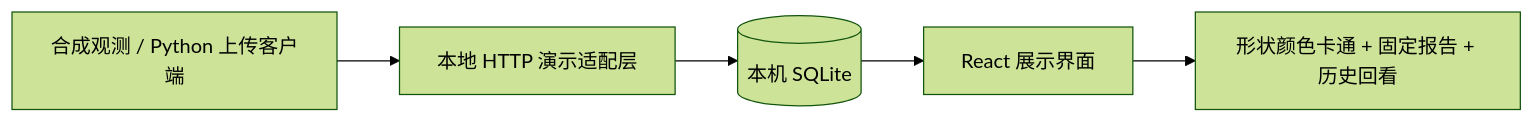
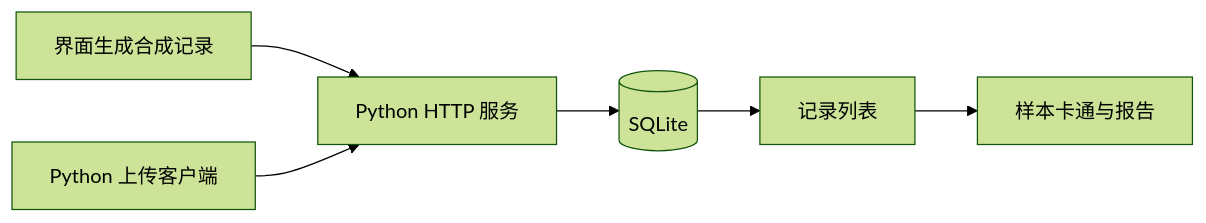
One commit to poopsense/poopsense changed the diagram in docs/ARCHITECTURE.md. Above: the diagram before and after it, drawn with Mermaid (forest theme). The commit also changed other lines of this file and 6 other files, not shown here.

````diff
--- a/docs/ARCHITECTURE.md
+++ b/docs/ARCHITECTURE.md
@@ -3,7 +5,8 @@
 ```mermaid
 flowchart LR
-  A[合成观测 / Python 上传客户端] --> B[本地 HTTP 演示适配层]
-  B --> C[(本机 SQLite)]
-  C --> D[React 展示界面]
-  D --> E[形状颜色卡通 + 固定报告 + 历史回看]
+  A[界面生成合成记录] --> C[Python HTTP 服务]
+  B[Python 上传客户端] --> C
+  C --> D[(SQLite)]
+  D --> E[记录列表]
+  E --> F[样本卡通与报告]
 ```
````
